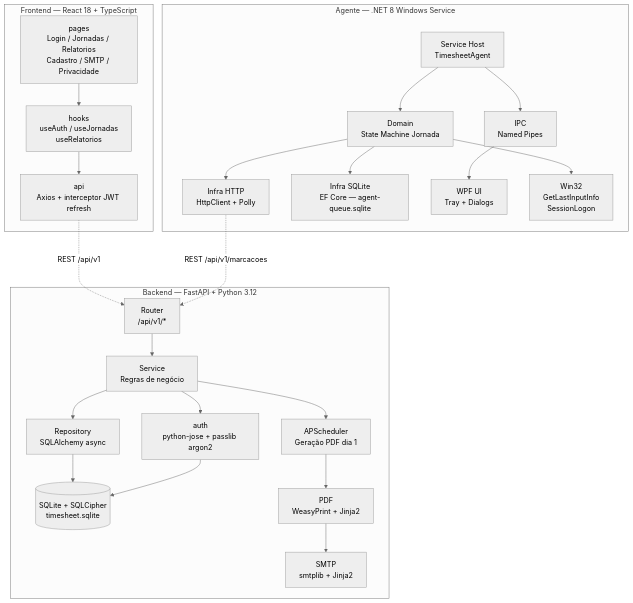
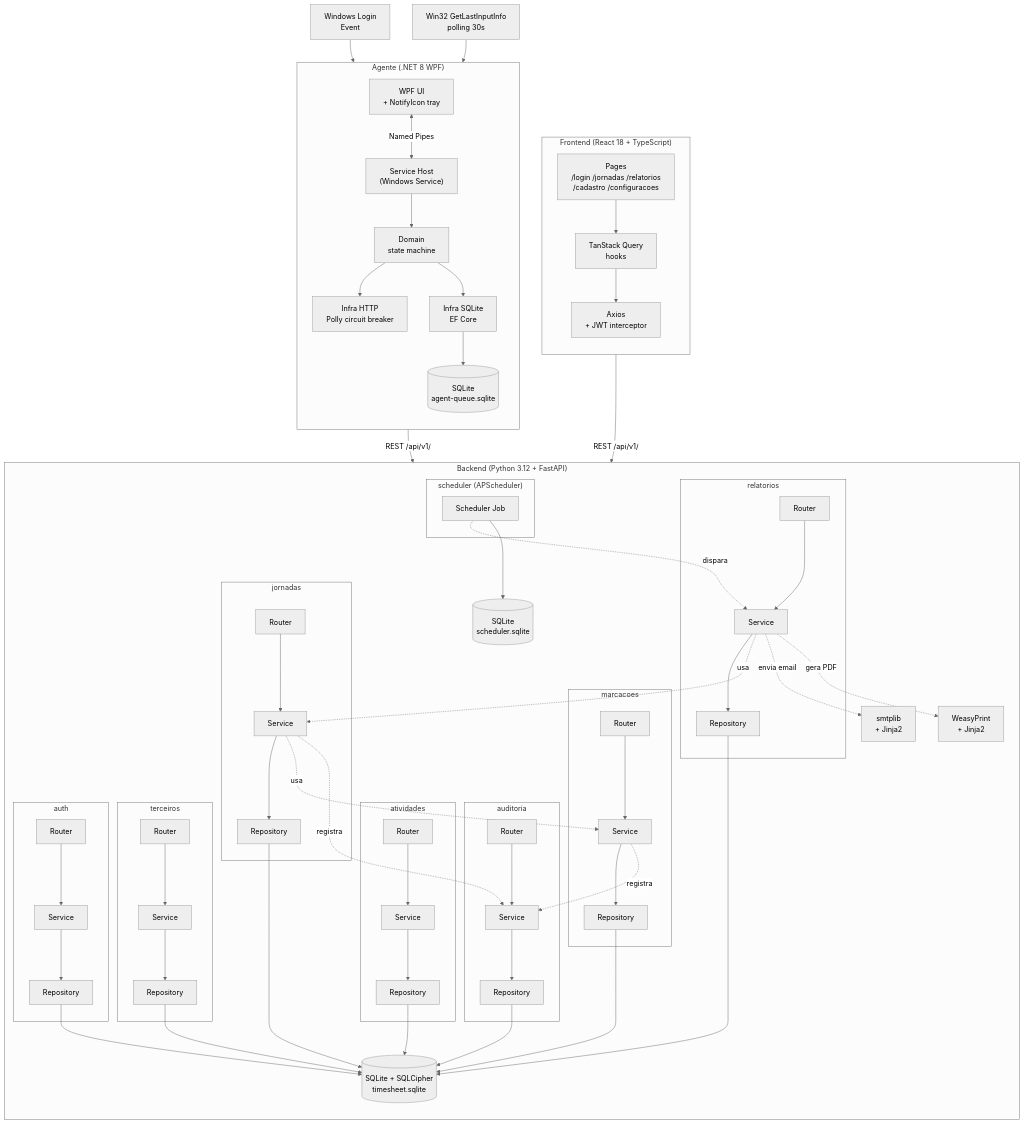
One commit to CarlosMattos-N45/Timesheet changed the diagram in .n45/docs/diagrams/architecture.md. Above: the diagram before and after it, drawn with Mermaid. The commit also changed other lines of this file and 16 other files, not shown here.

Commit message:
chore(fix-0002): roadmap encerrado e arquivado (CHANGELOG/STACK/RUNBOOK/diagramas/retrospectiva)

````diff
--- a/.n45/docs/diagrams/architecture.md
+++ b/.n45/docs/diagrams/architecture.md
@@ -7,31 +7,59 @@
 ```mermaid
 %%{init: {'theme': 'neutral'} }%%
 flowchart TD
-  subgraph Frontend["Frontend — React 18 + TypeScript"]
-    Pages["pages\nLogin / Jornadas / Relatorios\nCadastro / SMTP / Privacidade"] --> Hooks["hooks\nuseAuth / useJornadas\nuseRelatorios"]
-    Hooks --> APIClient["api\nAxios + interceptor JWT refresh"]
+  subgraph Backend["Backend (Python 3.12 + FastAPI)"]
+    direction TB
+    subgraph auth["auth"]
+      R_auth[Router] --> S_auth[Service] --> Repo_auth[Repository]
+    end
+    subgraph terceiros["terceiros"]
+      R_terc[Router] --> S_terc[Service] --> Repo_terc[Repository]
+    end
+    subgraph jornadas["jornadas"]
+      R_jorn[Router] --> S_jorn[Service] --> Repo_jorn[Repository]
+    end
+    subgraph marcacoes["marcacoes"]
+      R_marc[Router] --> S_marc[Service] --> Repo_marc[Repository]
+    end
+    subgraph atividades["atividades"]
+      R_atv[Router] --> S_atv[Service] --> Repo_atv[Repository]
+    end
+    subgraph relatorios["relatorios"]
+      R_rel[Router] --> S_rel[Service] --> Repo_rel[Repository]
+    end
+    subgraph auditoria["auditoria"]
+      R_aud[Router] --> S_aud[Service] --> Repo_aud[Repository]
+    end
+    subgraph scheduler["scheduler (APScheduler)"]
+      SCH[Scheduler Job]
+    end
+    S_jorn -.->|usa| S_marc
+    S_rel -.->|usa| S_jorn
+    S_rel -.->|envia email| SMTP_svc["smtplib\n+ Jinja2"]
+    S_rel -.->|gera PDF| PDF_svc["WeasyPrint\n+ Jinja2"]
+    SCH -.->|dispara| S_rel
+    S_marc -.->|registra| S_aud
+    S_jorn -.->|registra| S_aud
+    Repo_auth & Repo_terc & Repo_jorn & Repo_marc & Repo_atv & Repo_rel & Repo_aud --> DB[("SQLite + SQLCipher\ntimesheet.sqlite")]
+    SCH --> DB_SCH[("SQLite\nscheduler.sqlite")]
   end
 
-  subgraph Backend["Backend — FastAPI + Python 3.12"]
-    Router["Router\n/api/v1/*"] --> Service["Service\nRegras de negócio"]
-    Service --> Repository["Repository\nSQLAlchemy async"]
-    Repository --> MainDB[("SQLite + SQLCipher\ntimesheet.sqlite")]
-    Service --> Scheduler["APScheduler\nGeração PDF dia 1"]
-    Scheduler --> PDFGen["PDF\nWeasyPrint + Jinja2"]
-    PDFGen --> SMTP["SMTP\nsmtplib + Jinja2"]
-    Service --> Auth["auth\npython-jose + passlib argon2"]
-    Auth --> MainDB
+  subgraph Frontend["Frontend (React 18 + TypeScript)"]
+    direction TB
+    Pages["Pages\n/login /jornadas /relatorios\n/cadastro /configuracoes"] --> Hooks["TanStack Query\nhooks"] --> API_client["Axios\n+ JWT interceptor"]
   end
 
-  subgraph Agent["Agente — .NET 8 Windows Service"]
-    ServiceHost["Service Host\nTimesheetAgent"] --> Domain["Domain\nState Machine Jornada"]
-    Domain --> InfraHTTP["Infra HTTP\nHttpClient + Polly"]
-    Domain --> InfraDB["Infra SQLite\nEF Core — agent-queue.sqlite"]
-    ServiceHost --> IPC["IPC\nNamed Pipes"]
-    IPC --> WPF["WPF UI\nTray + Dialogs"]
-    Domain --> Win32["Win32\nGetLastInputInfo\nSessionLogon"]
+  subgraph Agent["Agente (.NET 8 WPF)"]
+    direction TB
+    WPF_UI["WPF UI\n+ NotifyIcon tray"] <-->|"Named Pipes"| SvcHost["Service Host\n(Windows Service)"]
+    SvcHost --> Domain["Domain\nstate machine"]
+    Domain --> InfraHTTP["Infra HTTP\nPolly circuit breaker"]
+    Domain --> InfraSQLite["Infra SQLite\nEF Core"]
+    InfraSQLite --> DB_Agent[("SQLite\nagent-queue.sqlite")]
   end
 
-  APIClient -..->|"REST /api/v1"| Router
-  InfraHTTP -..->|"REST /api/v1/marcacoes"| Router
+  API_client -->|"REST /api/v1/"| Backend
+  InfraHTTP -->|"REST /api/v1/"| Backend
+  WinLogin["Windows Login\nEvent"] --> SvcHost
+  Inactivity["Win32 GetLastInputInfo\npolling 30s"] --> SvcHost
 ```
````
